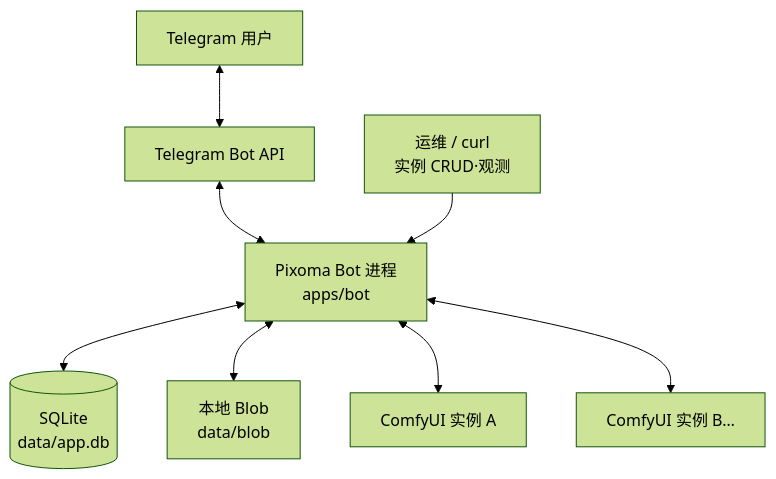
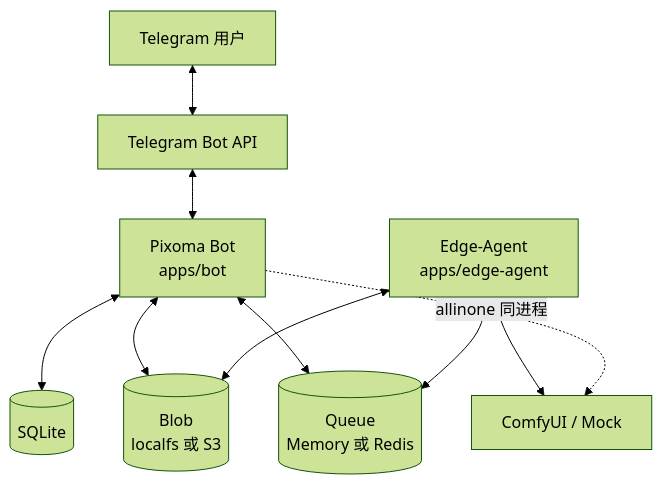
The diagram in docs/architecture/overview.md (Mr9esx/Pixoma), drawn with Mermaid (forest theme) before and after one commit. The commit also changed other lines of this file and 56 other files, not shown here.

First line of the commit message:
feat: Edge-Agent 双模式与方案 A job_ref

````diff
--- a/docs/architecture/overview.md
+++ b/docs/architecture/overview.md
@@ -12,19 +12,21 @@
 ```mermaid
 flowchart TB
   U[Telegram 用户]
   TG[Telegram Bot API]
-  BOT[Pixoma Bot 进程<br/>apps/bot]
-  DB[(SQLite<br/>data/app.db)]
-  BLOB[本地 Blob<br/>data/blob]
-  C1[ComfyUI 实例 A]
-  C2[ComfyUI 实例 B…]
-  OP[运维 / curl<br/>实例 CRUD·观测]
+  BOT[Pixoma Bot<br/>apps/bot]
+  EDGE[Edge-Agent<br/>apps/edge-agent]
+  DB[(SQLite)]
+  BLOB[(Blob<br/>localfs 或 S3)]
+  MQ[(Queue<br/>Memory 或 Redis)]
+  C1[ComfyUI / Mock]
 
   U <--> TG
   TG <--> BOT
   BOT <--> DB
   BOT <--> BLOB
-  BOT <--> C1
-  BOT <--> C2
-  OP --> BOT
+  BOT <--> MQ
+  EDGE <--> MQ
+  EDGE <--> BLOB
+  EDGE <--> C1
+  BOT -.->|allinone 同进程| C1
 ```
````
